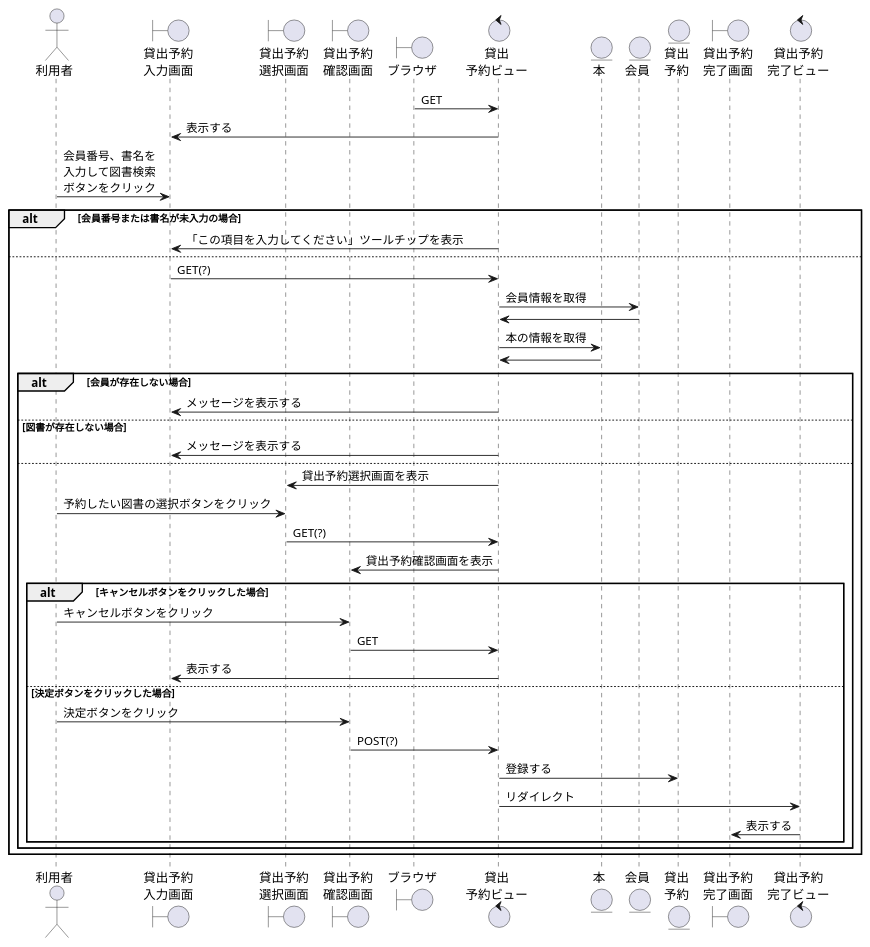
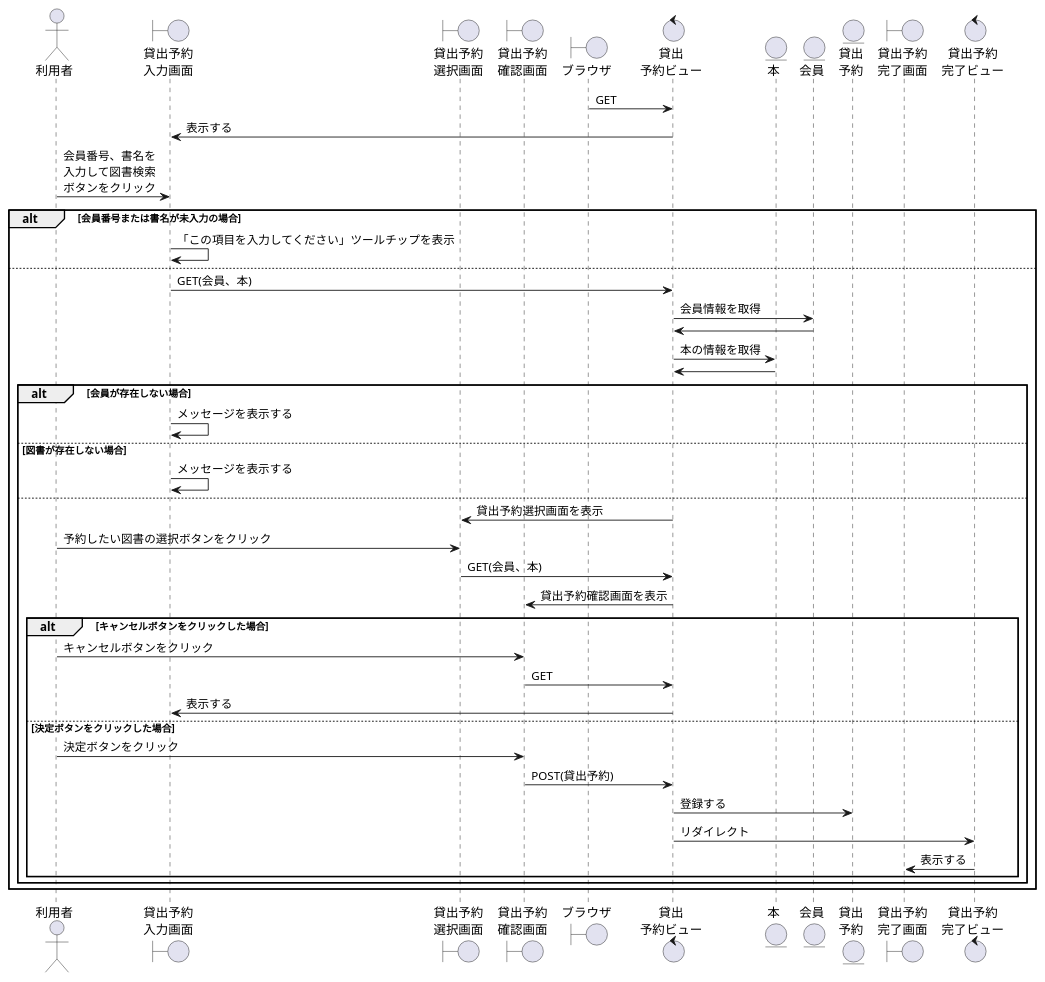
The diagram in 効果測定/貸出予約.wsd (ysyk-wtnb16/team_D), drawn with PlantUML before and after one commit. The commit also changed 3 other files, not shown here.

```diff
--- a/効果測定/貸出予約.wsd
+++ b/効果測定/貸出予約.wsd
@@ -1,50 +1,50 @@
 @startuml KY
-
+ 
 actor "利用者" as user
 boundary "貸出予約\n入力画面" as KYKs
 boundary "貸出予約\n選択画面" as KYs
 boundary "貸出予約\n確認画面" as KYChecks
 boundary "ブラウザ" as brz
 control "貸出\n予約ビュー" as KYv
 entity "本" as book
 entity "会員" as member
 entity "貸出\n予約" as KY
 boundary "貸出予約\n完了画面" as KYOKs
 control "貸出予約\n完了ビュー" as KYOKv
-
+ 
 brz -> KYv: GET
 KYKs <- KYv: 表示する
-
+ 
 user -> KYKs: 会員番号、書名を\n入力して図書検索\nボタンをクリック
 alt 会員番号または書名が未入力の場合
-    KYKs <- KYv: 「この項目を入力してください」ツールチップを表示
-else 
-    KYKs -> KYv: GET(?)
+    KYKs -> KYKs: 「この項目を入力してください」ツールチップを表示
+else
+    KYKs -> KYv: GET(会員、本)
     KYv -> member: 会員情報を取得
     KYv <- member
     KYv -> book: 本の情報を取得
     KYv <- book
     alt 会員が存在しない場合
-        KYKs <- KYv: メッセージを表示する
+        KYKs -> KYKs: メッセージを表示する
     else 図書が存在しない場合
-        KYKs <- KYv: メッセージを表示する
-    else 
+        KYKs -> KYKs: メッセージを表示する
+    else
         KYs <- KYv: 貸出予約選択画面を表示
         user -> KYs: 予約したい図書の選択ボタンをクリック
-        KYs -> KYv: GET(?)
+        KYs -> KYv: GET(会員、本)
         KYChecks <- KYv: 貸出予約確認画面を表示
         alt キャンセルボタンをクリックした場合
             user -> KYChecks: キャンセルボタンをクリック
             KYChecks -> KYv:GET
             KYKs <- KYv:表示する
         else 決定ボタンをクリックした場合
             user -> KYChecks: 決定ボタンをクリック
-            KYChecks -> KYv: POST(?)
+            KYChecks -> KYv: POST(貸出予約)
             KYv -> KY: 登録する
             KYv -> KYOKv: リダイレクト
             KYOKs <- KYOKv: 表示する
         end    
     end
 end
-
+ 
 @enduml
```
